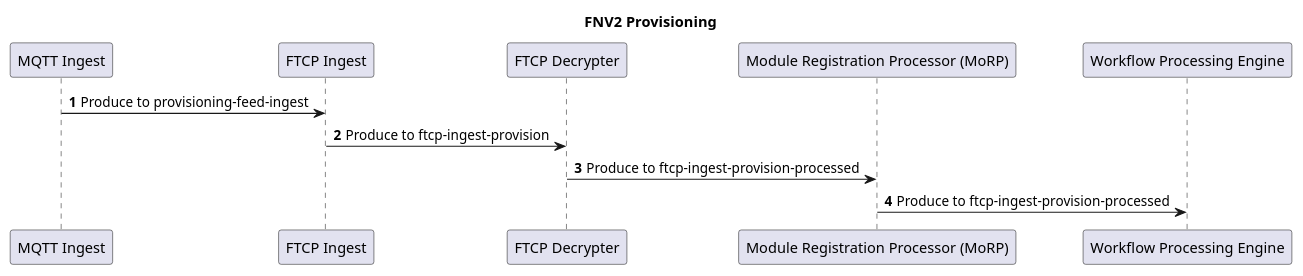
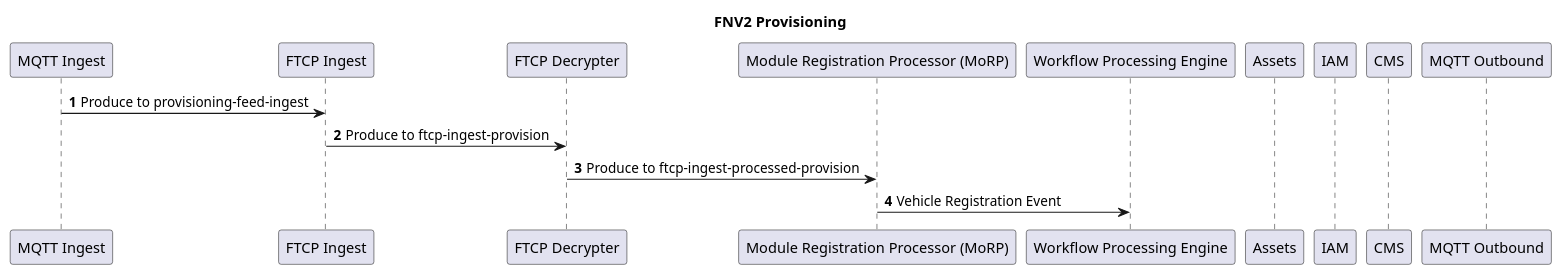
One commit to markprotas-autonomic/fnv2-provisioning-puml changed the diagram in fnv2-provisioning.puml. Above: the diagram before and after it, drawn with PlantUML.

Commit message:
Added remaining actors, leveraged aliases for all actors for brevity

```diff
--- a/fnv2-provisioning.puml
+++ b/fnv2-provisioning.puml
@@ -1,10 +1,20 @@
 @startuml
 autonumber
 
 title FNV2 Provisioning
 
-"MQTT Ingest" -> "FTCP Ingest": Produce to provisioning-feed-ingest
-"FTCP Ingest" -> "FTCP Decrypter": Produce to ftcp-ingest-provision
-"FTCP Decrypter" -> "Module Registration Processor (MoRP)": Produce to ftcp-ingest-provision-processed
-"Module Registration Processor (MoRP)" -> "Workflow Processing Engine": Produce to ftcp-ingest-provision-processed
+participant "MQTT Ingest" as mi
+participant "FTCP Ingest" as fi
+participant "FTCP Decrypter" as fd
+participant "Module Registration Processor (MoRP)" as mo
+participant "Workflow Processing Engine" as wpe
+participant "Assets" as assets
+participant "IAM" as iam
+participant "CMS" as cms
+participant "MQTT Outbound" as mqo
+
+mi -> fi: Produce to provisioning-feed-ingest
+fi -> fd: Produce to ftcp-ingest-provision
+fd -> mo: Produce to ftcp-ingest-processed-provision
+mo -> wpe: Vehicle Registration Event
 @enduml
```
